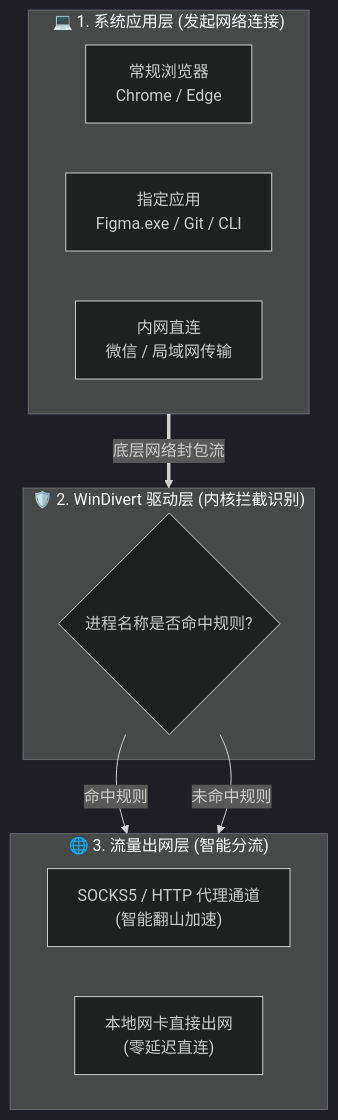
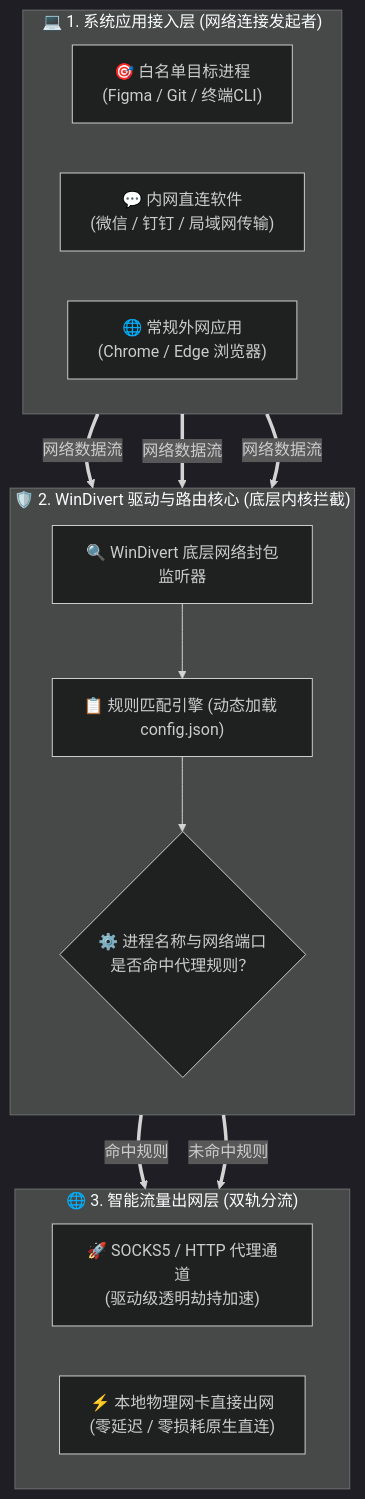
Before and after one commit to yudong2ao/yudong2ao.github.io: the diagram in src/content/posts/proxybridge-cli-plus.md, drawn with Mermaid (dark theme). The commit also changed 7 other files, not shown here.

Commit message:
feat: 全面重构博文流程图与架构图并默认200%全屏高清放大

````diff
--- a/src/content/posts/proxybridge-cli-plus.md
+++ b/src/content/posts/proxybridge-cli-plus.md
@@ -43,23 +43,30 @@
 ```mermaid
 flowchart TD
-    subgraph Apps ["💻 1. 系统应用层 (发起网络连接)"]
+    subgraph AppLayer ["💻 1. 系统应用接入层 (网络连接发起者)"]
         direction LR
-        A1["常规浏览器<br/>Chrome / Edge"]
-        A2["指定应用<br/>Figma.exe / Git / CLI"]
-        A3["内网直连<br/>微信 / 局域网传输"]
+        A1["🎯 白名单目标进程<br/>(Figma / Git / 终端CLI)"]
+        A2["💬 内网直连软件<br/>(微信 / 钉钉 / 局域网传输)"]
+        A3["🌐 常规外网应用<br/>(Chrome / Edge 浏览器)"]
     end
 
-    subgraph Driver ["🛡️ 2. WinDivert 驱动层 (内核拦截识别)"]
-        Router{"进程名称是否命中规则?"}
+    subgraph CoreLayer ["🛡️ 2. WinDivert 驱动与路由核心 (底层内核拦截)"]
+        direction TB
+        Filter["🔍 WinDivert 底层网络封包监听器"]
+        Config["📋 规则匹配引擎 (动态加载 config.json)"]
+        Decision{"⚙️ 进程名称与网络端口<br/>是否命中代理规则？"}
+        Filter --> Config --> Decision
     end
 
-    subgraph Output ["🌐 3. 流量出网层 (智能分流)"]
+    subgraph OutputLayer ["🌐 3. 智能流量出网层 (双轨分流)"]
         direction LR
-        Proxy["SOCKS5 / HTTP 代理通道<br/>(智能翻山加速)"]
-        Direct["本地网卡直接出网<br/>(零延迟直连)"]
+        ProxyOut["🚀 SOCKS5 / HTTP 代理通道<br/>(驱动级透明劫持加速)"]
+        DirectOut["⚡ 本地物理网卡直接出网<br/>(零延迟 / 零损耗原生直连)"]
     end
 
-    Apps ==> |底层网络封包流| Driver
-    Router --> |命中规则| Proxy
-    Router --> |未命中规则| Direct
+    A1 ==> |网络数据流| Filter
+    A2 ==> |网络数据流| Filter
+    A3 ==> |网络数据流| Filter
+
+    Decision ==>|命中规则| ProxyOut
+    Decision ==>|未命中规则| DirectOut
 ```
````
